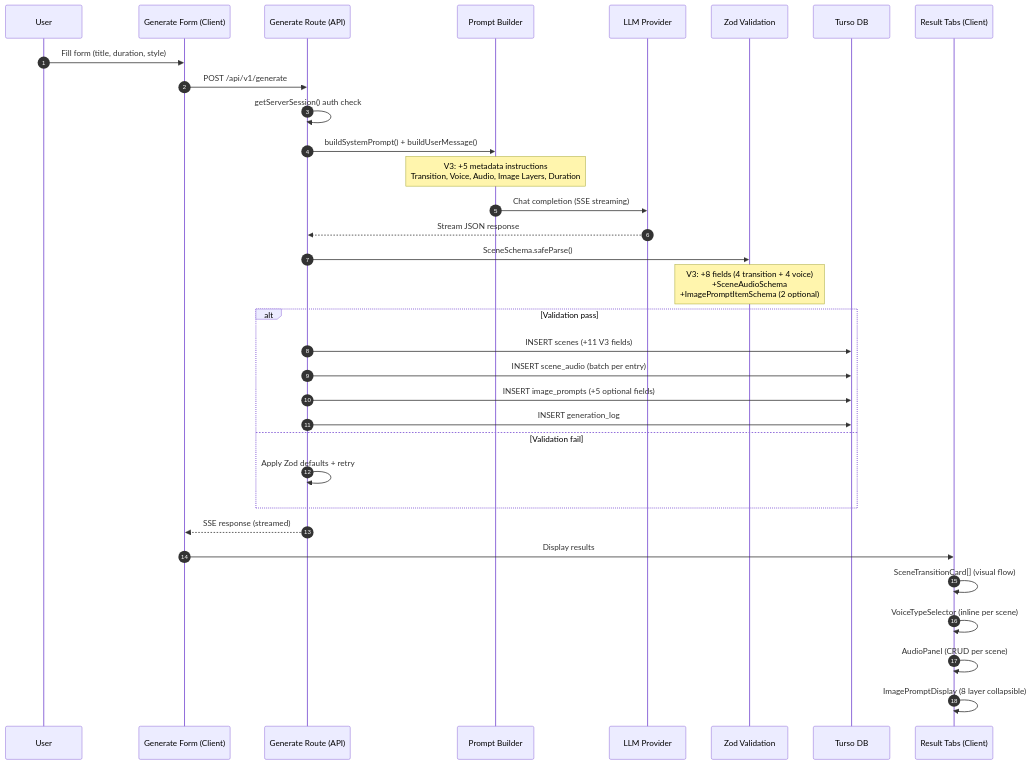
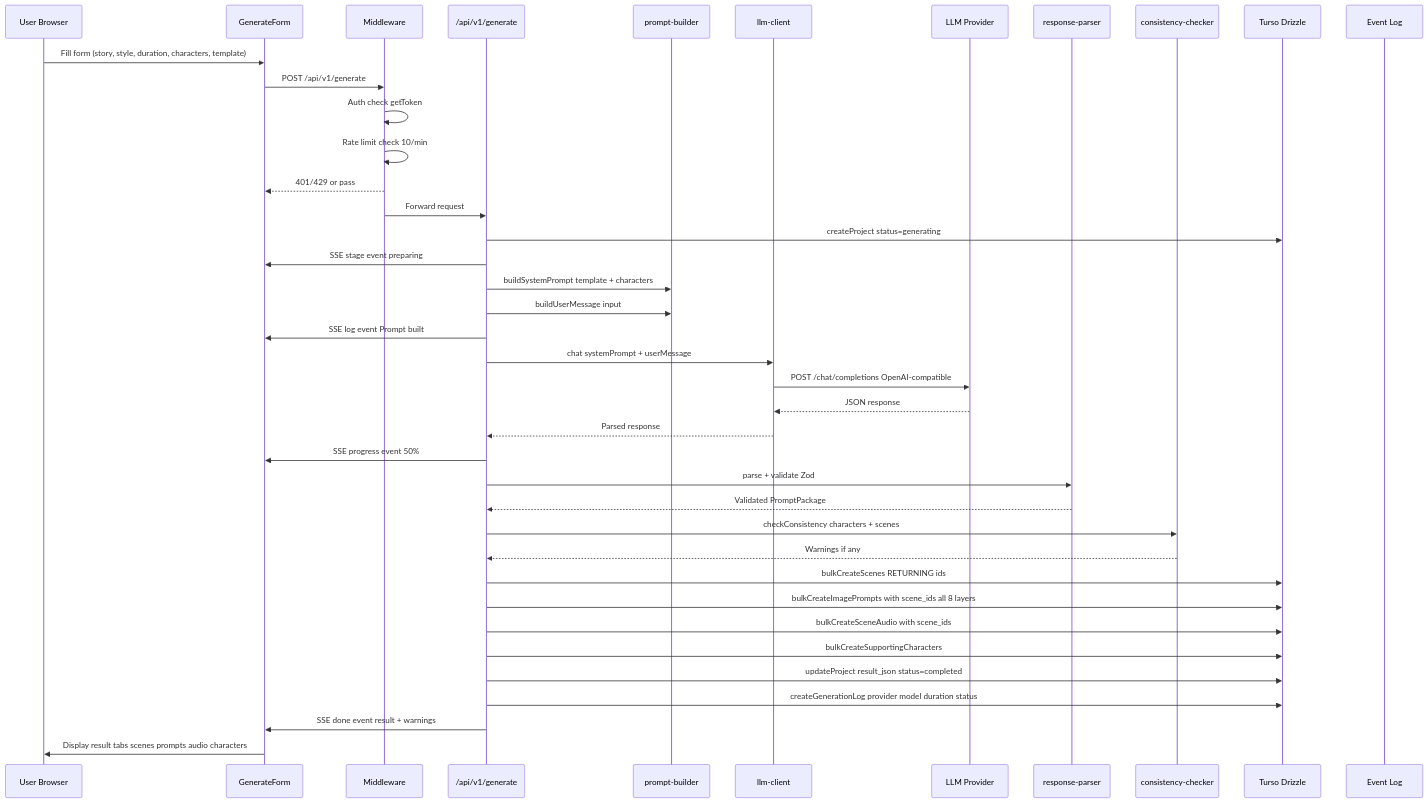
Before and after one commit to agrianwahab29/agrinode-promptflow: the second of 4 diagrams in product-docs/PROJECT_ARCHITECTURE.md, drawn with Mermaid. The commit also changed other lines of this file and 21 other files, not shown here.

````diff
--- a/product-docs/PROJECT_ARCHITECTURE.md
+++ b/product-docs/PROJECT_ARCHITECTURE.md
@@ -383,40 +280,50 @@
 ```mermaid
 sequenceDiagram
-    autonumber
-    participant U as User
-    participant GF as Generate Form (Client)
-    participant GR as Generate Route (API)
-    participant PB as Prompt Builder
+    participant U as User Browser
+    participant GF as GenerateForm
+    participant MW as Middleware
+    participant GR as /api/v1/generate
+    participant PB as prompt-builder
+    participant LC as llm-client
     participant LLM as LLM Provider
-    participant V as Zod Validation
-    participant DB as Turso DB
-    participant RT as Result Tabs (Client)
+    participant RP as response-parser
+    participant CC as consistency-checker
+    participant DB as Turso Drizzle
+    participant EV as Event Log
 
-    U->>GF: Fill form (title, duration, style)
-    GF->>GR: POST /api/v1/generate
-    GR->>GR: getServerSession() auth check
-    GR->>PB: buildSystemPrompt() + buildUserMessage()
+    U->>GF: Fill form (story, style, duration, characters, template)
+    GF->>MW: POST /api/v1/generate
+    MW->>MW: Auth check getToken
+    MW->>MW: Rate limit check 10/min
+    MW-->>GF: 401/429 or pass
 
-    Note over PB: V3: +5 metadata instructions<br/>Transition, Voice, Audio, Image Layers, Duration
+    MW->>GR: Forward request
+    GR->>DB: createProject status=generating
+    GR->>GF: SSE stage event preparing
 
-    PB->>LLM: Chat completion (SSE streaming)
-    LLM-->>GR: Stream JSON response
-    GR->>V: SceneSchema.safeParse()
-    Note over V: V3: +8 fields (4 transition + 4 voice)<br/>+SceneAudioSchema<br/>+ImagePromptItemSchema (2 optional)
+    GR->>PB: buildSystemPrompt template + characters
+    GR->>PB: buildUserMessage input
+    GR->>GF: SSE log event Prompt built
 
-    alt Validation pass
-        GR->>DB: INSERT scenes (+11 V3 fields)
-        GR->>DB: INSERT scene_audio (batch per entry)
-        GR->>DB: INSERT image_prompts (+5 optional fields)
-        GR->>DB: INSERT generation_log
-    else Validation fail
-        GR->>GR: Apply Zod defaults + retry
-    end
+    GR->>LC: chat systemPrompt + userMessage
+    LC->>LLM: POST /chat/completions OpenAI-compatible
+    LLM-->>LC: JSON response
+    LC-->>GR: Parsed response
 
-    GR-->>GF: SSE response (streamed)
-    GF->>RT: Display results
-    RT->>RT: SceneTransitionCard[] (visual flow)
-    RT->>RT: VoiceTypeSelector (inline per scene)
-    RT->>RT: AudioPanel (CRUD per scene)
-    RT->>RT: ImagePromptDisplay (8 layer collapsible)
+    GR->>GF: SSE progress event 50%
+    GR->>RP: parse + validate Zod
+    RP-->>GR: Validated PromptPackage
+
+    GR->>CC: checkConsistency characters + scenes
+    CC-->>GR: Warnings if any
+
+    GR->>DB: bulkCreateScenes RETURNING ids
+    GR->>DB: bulkCreateImagePrompts with scene_ids all 8 layers
+    GR->>DB: bulkCreateSceneAudio with scene_ids
+    GR->>DB: bulkCreateSupportingCharacters
+    GR->>DB: updateProject result_json status=completed
+
+    GR->>DB: createGenerationLog provider model duration status
+    GR->>GF: SSE done event result + warnings
+    GF->>U: Display result tabs scenes prompts audio characters
 ```
````
